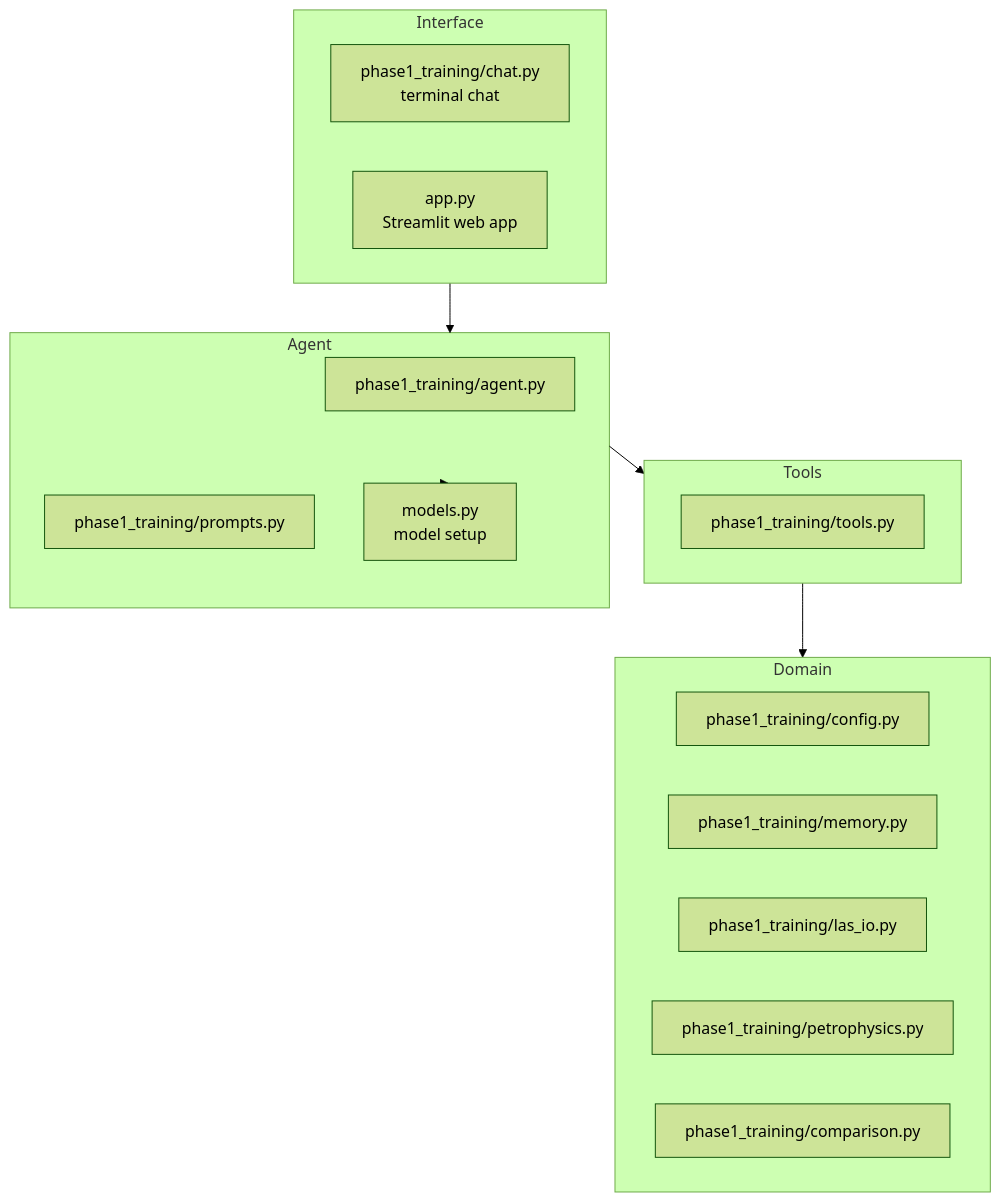
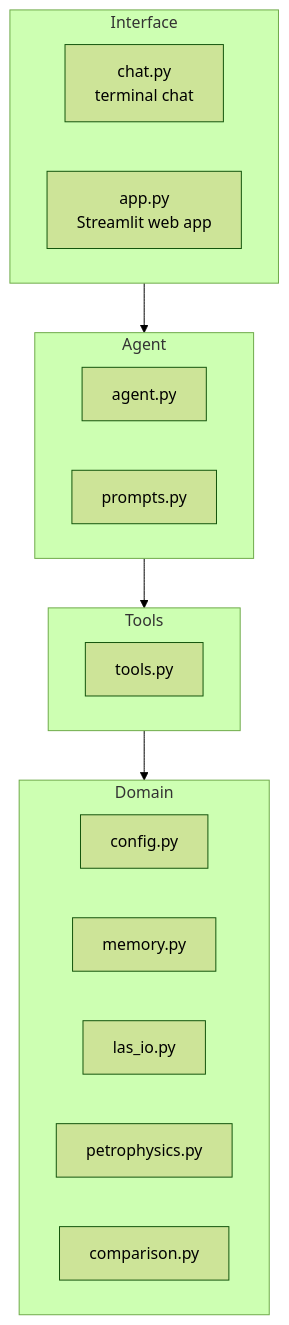
One commit to bassemsalah019-debug/Well-Log-Analyst-Agent changed the diagram in README.md. Above: the diagram before and after it, drawn with Mermaid (forest theme).

Commit message:
Revise file paths in README for clarity
Updated file paths in the README to reflect new structure.

````diff
--- a/README.md
+++ b/README.md
@@ -17,26 +17,24 @@
 ```mermaid
 flowchart TB
     subgraph Interface
-        chat["phase1_training/chat.py<br/>terminal chat"]
+        chat["chat.py<br/>terminal chat"]
         app["app.py<br/>Streamlit web app"]
     end
     subgraph Agent
-        agent["phase1_training/agent.py"]
-        prompts["phase1_training/prompts.py"]
-        models["models.py<br/>model setup"]
+        agent["agent.py"]
+        prompts["prompts.py"]
     end
     subgraph Tools
-        tools["phase1_training/tools.py"]
+        tools["tools.py"]
     end
     subgraph Domain
-        config["phase1_training/config.py"]
-        memory["phase1_training/memory.py"]
-        las_io["phase1_training/las_io.py"]
-        petrophysics["phase1_training/petrophysics.py"]
-        comparison["phase1_training/comparison.py"]
+        config["config.py"]
+        memory["memory.py"]
+        las_io["las_io.py"]
+        petrophysics["petrophysics.py"]
+        comparison["comparison.py"]
     end
     Interface --> Agent
     Agent --> Tools
-    Agent --> models
     Tools --> Domain
 ```
````
